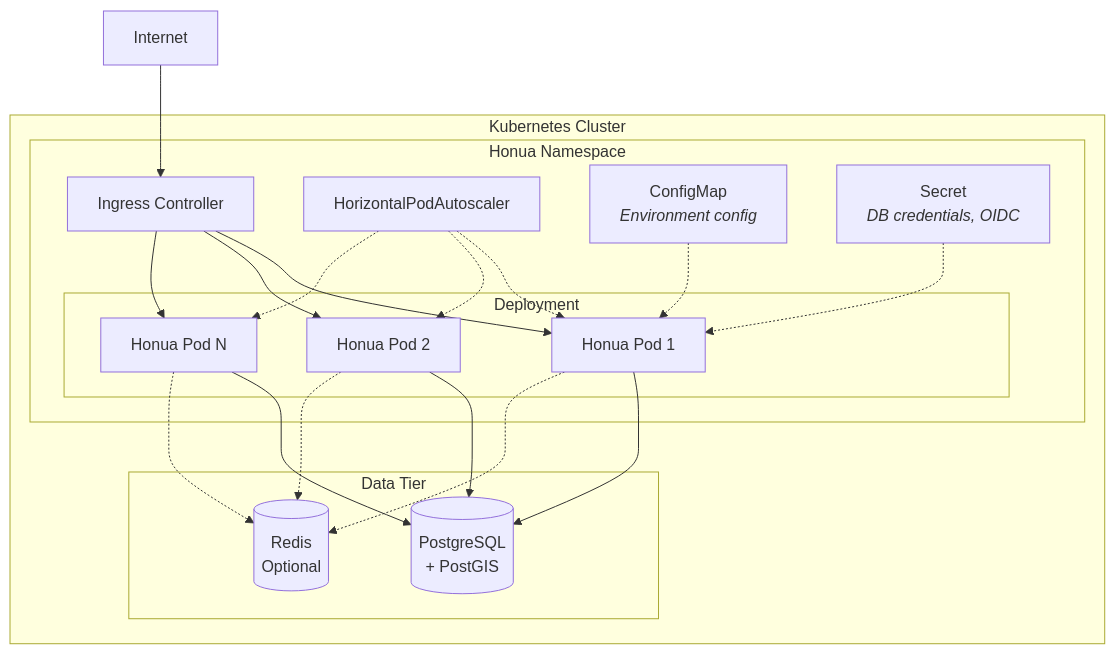
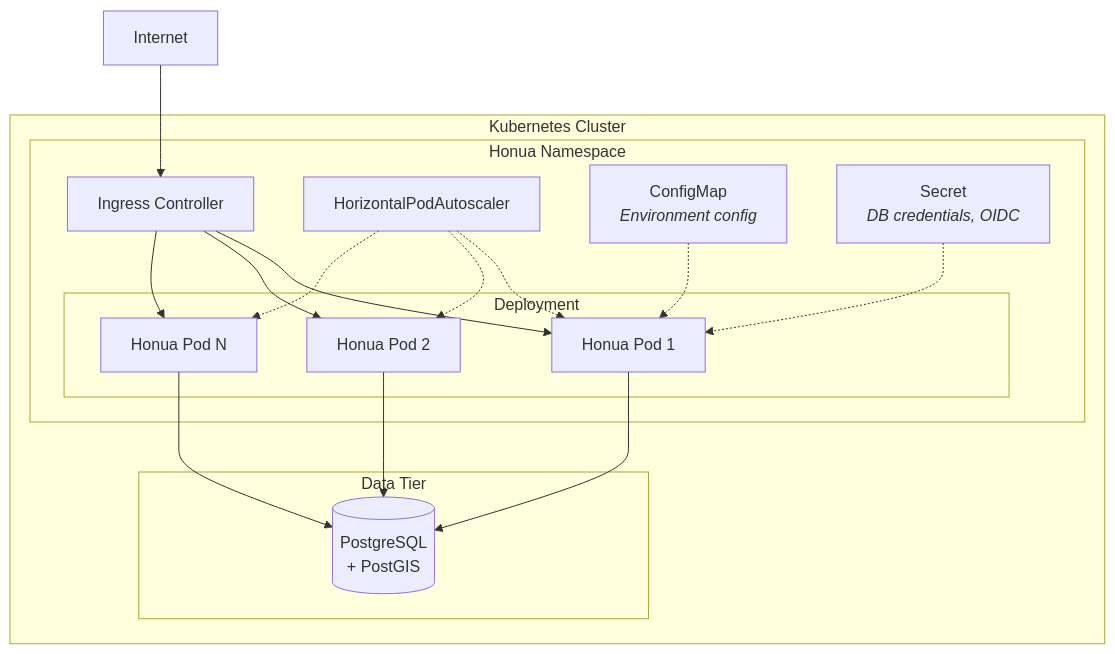
Diagram 11 of 12 in docs/concepts/architecture-diagrams.md (honua-io/honua-server), drawn with Mermaid before and after one commit. The commit also changed other lines of this file and 30 other files, not shown here.

````diff
--- a/docs/concepts/architecture-diagrams.md
+++ b/docs/concepts/architecture-diagrams.md
@@ -470,43 +465,38 @@
 ```mermaid
 graph TB
     subgraph "Kubernetes Cluster"
         subgraph "Honua Namespace"
             Ingress[Ingress Controller]
             HPA[HorizontalPodAutoscaler]
 
             subgraph "Deployment"
                 Pod1[Honua Pod 1]
                 Pod2[Honua Pod 2]
                 PodN[Honua Pod N]
             end
 
             ConfigMap[ConfigMap<br/><i>Environment config</i>]
             Secret[Secret<br/><i>DB credentials, OIDC</i>]
         end
 
         subgraph "Data Tier"
             PG[(PostgreSQL<br/>+ PostGIS)]
-            Redis[(Redis<br/>Optional)]
         end
     end
 
     Internet[Internet] --> Ingress
     Ingress --> Pod1
     Ingress --> Pod2
     Ingress --> PodN
 
     HPA -.-> Pod1
     HPA -.-> Pod2
     HPA -.-> PodN
 
     Pod1 --> PG
     Pod2 --> PG
     PodN --> PG
 
-    Pod1 -.-> Redis
-    Pod2 -.-> Redis
-    PodN -.-> Redis
-
     ConfigMap -.-> Pod1
     Secret -.-> Pod1
 ```
````
